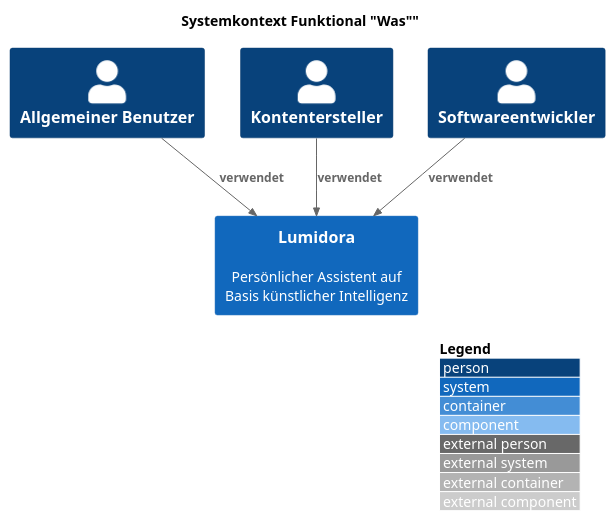
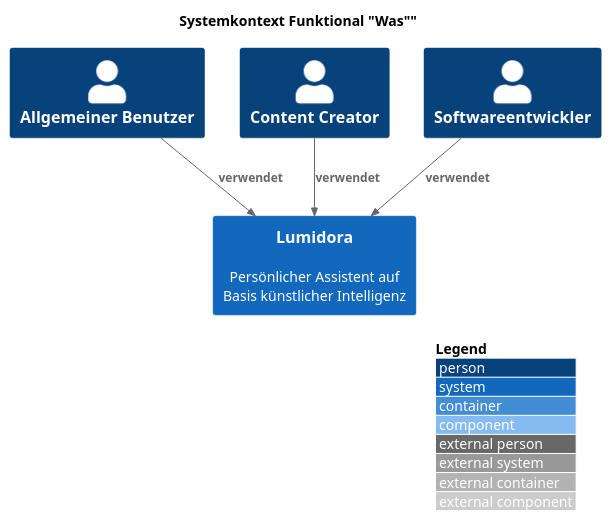
The diagram in docs/modules/ROOT/examples/systemkontext/systemkontext-funktional.plantuml (koshisinthehouse/lumidora-documentation), drawn with PlantUML before and after one commit. The commit also changed 3 other files, not shown here.

```diff
--- a/docs/modules/ROOT/examples/systemkontext/systemkontext-funktional.plantuml
+++ b/docs/modules/ROOT/examples/systemkontext/systemkontext-funktional.plantuml
@@ -1,17 +1,17 @@
 @startuml
 !include ../../partials/diagrams/plantuml-stdlib/C4-PlantUML/C4_Component.puml
 
 LAYOUT_WITH_LEGEND()
 
 title Systemkontext Funktional "Was""
 
 Person(benutzer, "Allgemeiner Benutzer", "")
-Person(kontentersteller, "Kontentersteller", "")
+Person(kontentersteller, "Content Creator", "")
 Person(softwareentwickler, "Softwareentwickler", "")
 System(lumidora, "Lumidora", "Persönlicher Assistent auf Basis künstlicher Intelligenz")
 
 Rel(benutzer, lumidora, "verwendet")
 Rel(kontentersteller, lumidora, "verwendet")
 Rel(softwareentwickler, lumidora, "verwendet")
 
 @enduml
```
